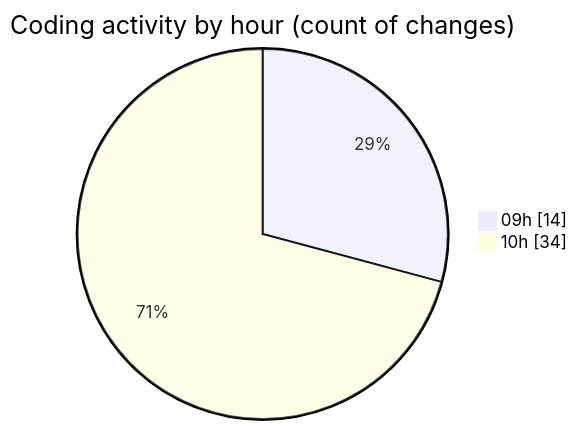
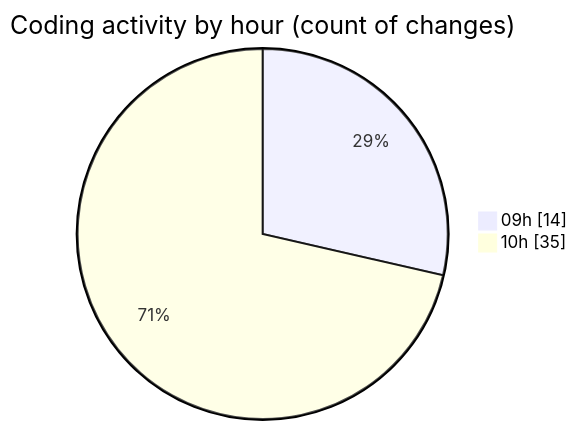
The second of 2 diagrams in 2025-11-10/cda/README.md (momahboobian/code-tracking), drawn with Mermaid before and after one commit. The commit also changed other lines of this file and 1 other file, not shown here.

````diff
--- a/2025-11-10/cda/README.md
+++ b/2025-11-10/cda/README.md
@@ -50,6 +50,6 @@
 ```mermaid
 pie showData
 title Coding activity by hour (count of changes)
 "09h" : 14
-"10h" : 34
+"10h" : 35
 ```
````
